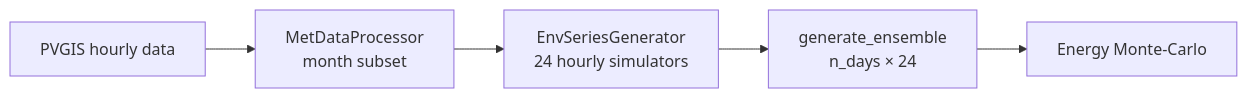
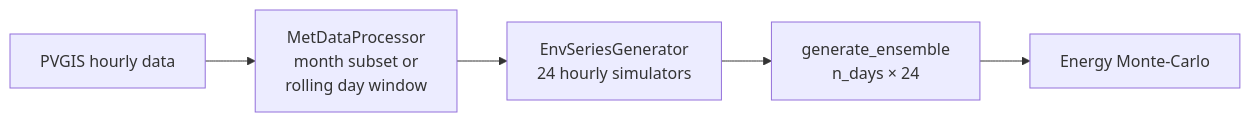
One commit to npapnet/meteosynth changed the diagram in docs/source/quickstart.md. Above: the diagram before and after it, drawn with Mermaid. The commit also changed other lines of this file and 8 other files, not shown here.

Commit message:
docs: Updated documentation about rolling window, adn addex examples.

````diff
--- a/docs/source/quickstart.md
+++ b/docs/source/quickstart.md
@@ -51,7 +54,7 @@
 ```{mermaid}
 flowchart LR
-    A[PVGIS hourly data] --> B[MetDataProcessor<br/>month subset]
+    A[PVGIS hourly data] --> B[MetDataProcessor<br/>month subset or<br/>rolling day window]
     B --> C[EnvSeriesGenerator<br/>24 hourly simulators]
     C --> D[generate_ensemble<br/>n_days &times; 24]
     D --> E[Energy Monte-Carlo]
 ```
````
